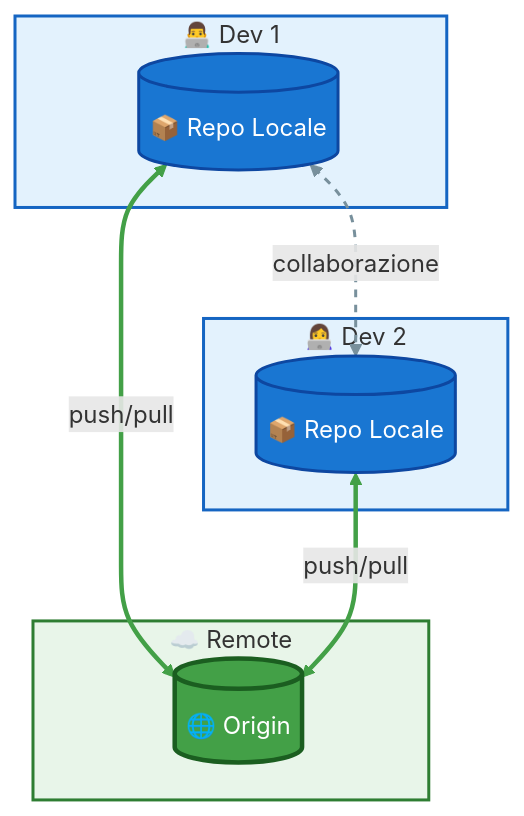
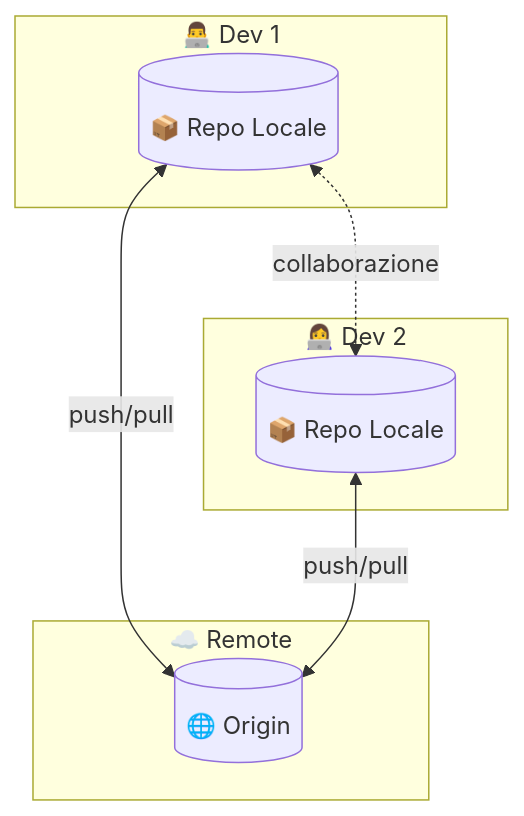
Before and after one commit to DaveFV91/GitCourse: the third of 7 diagrams in 01-teoria/01-vcs-git-basics.md, drawn with Mermaid. The commit also changed other lines of this file and 1 other file, not shown here.

````diff
--- a/01-teoria/01-vcs-git-basics.md
+++ b/01-teoria/01-vcs-git-basics.md
@@ -107,29 +51,18 @@
-```mermaid
+:::mermaid
 flowchart TD
     subgraph REMOTE["☁️ Remote"]
         R[("🌐 Origin")]
     end
     
     subgraph DEV1["👨‍💻 Dev 1"]
         L1[("📦 Repo Locale")]
     end
     
     subgraph DEV2["👩‍💻 Dev 2"]
         L2[("📦 Repo Locale")]
     end
     
     L1 <-->|push/pull| R
     L2 <-->|push/pull| R
     L1 <-.->|collaborazione| L2
-    
-    style REMOTE fill:#E8F5E9,stroke:#2E7D32,stroke-width:2px
-    style DEV1 fill:#E3F2FD,stroke:#1565C2,stroke-width:2px
-    style DEV2 fill:#E3F2FD,stroke:#1565C2,stroke-width:2px
-    style R fill:#43A047,stroke:#1B5E20,stroke-width:3px,color:#fff
-    style L1 fill:#1976D2,stroke:#0D47A1,stroke-width:2px,color:#fff
-    style L2 fill:#1976D2,stroke:#0D47A1,stroke-width:2px,color:#fff
-    
-    linkStyle 0 stroke:#43A047,stroke-width:3px
-    linkStyle 1 stroke:#43A047,stroke-width:3px
-    linkStyle 2 stroke:#78909C,stroke-width:2px,stroke-dasharray:5
-```
+:::
````
